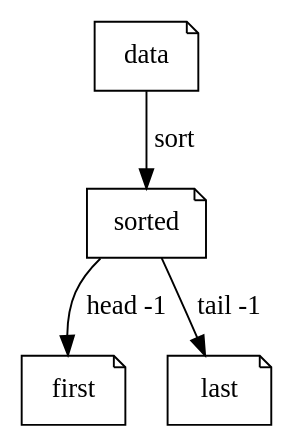
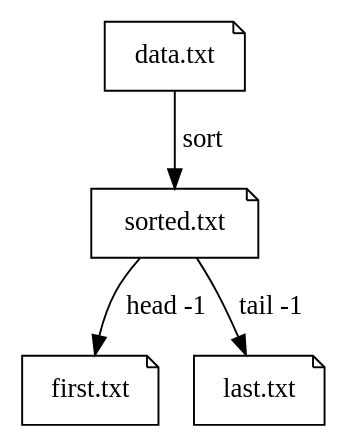
One commit to curtcox/gripeline changed diagram 24 of 33 in SPEC.md. Above: the diagram before and after it, drawn with Graphviz. The commit also changed other lines of this file and 39 other files, not shown here.

````diff
--- a/SPEC.md
+++ b/SPEC.md
@@ -672,7 +710,8 @@
 ```dot
-/* B */ digraph { gl_mapping="B"
+/* Dataflow */ digraph { gl_mapping="dataflow"
   data -> sorted [label="sort"]
   sorted -> first [label="head -1"]
   sorted -> last  [label="tail -1"]
-  data[shape=note] sorted[shape=note] first[shape=note] last[shape=note] }
+  data[shape=note,label="data.txt"] sorted[shape=note,label="sorted.txt"]
+  first[shape=note,label="first.txt"] last[shape=note,label="last.txt"] }
 ```
````
